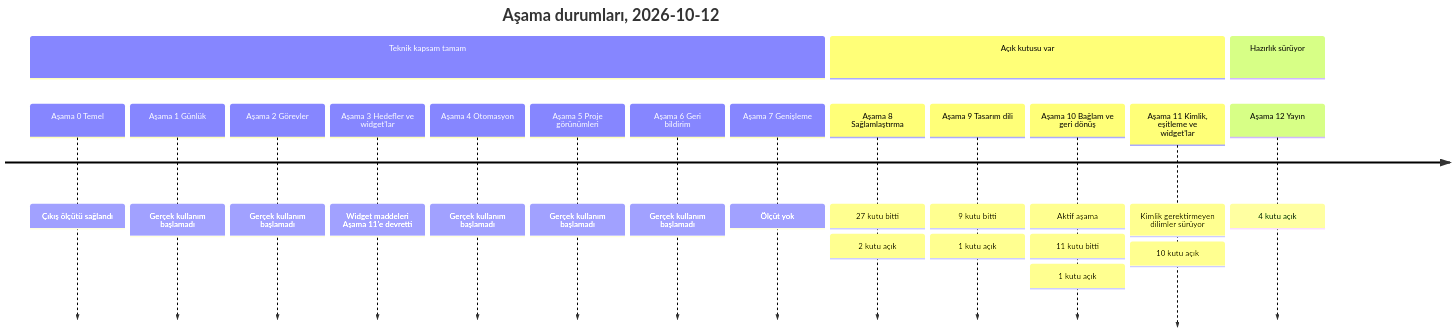
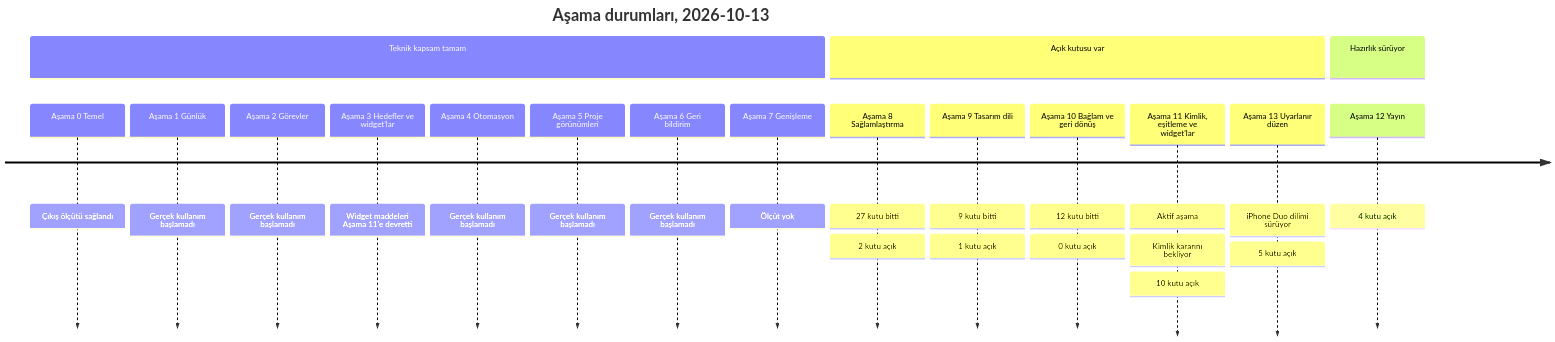
The first of 4 diagrams in docs/roadmap.md (dogancanyildiz/kenet), drawn with Mermaid before and after one commit. The commit also changed other lines of this file and 1 other file, not shown here.

Commit message:
docs: dalga 11 kararları, Aşama 13 Uyarlanır düzen, Aşama 10 kapandı (#231)

````diff
--- a/docs/roadmap.md
+++ b/docs/roadmap.md
@@ -19,20 +19,21 @@
 ```mermaid
 timeline
-    title Aşama durumları, 2026-10-12
+    title Aşama durumları, 2026-10-13
     section Teknik kapsam tamam
         Aşama 0 Temel : Çıkış ölçütü sağlandı
         Aşama 1 Günlük : Gerçek kullanım başlamadı
         Aşama 2 Görevler : Gerçek kullanım başlamadı
         Aşama 3 Hedefler ve widget'lar : Widget maddeleri Aşama 11'e devretti
         Aşama 4 Otomasyon : Gerçek kullanım başlamadı
         Aşama 5 Proje görünümleri : Gerçek kullanım başlamadı
         Aşama 6 Geri bildirim : Gerçek kullanım başlamadı
         Aşama 7 Genişleme : Ölçüt yok
     section Açık kutusu var
         Aşama 8 Sağlamlaştırma : 27 kutu bitti : 2 kutu açık
         Aşama 9 Tasarım dili : 9 kutu bitti : 1 kutu açık
-        Aşama 10 Bağlam ve geri dönüş : Aktif aşama : 11 kutu bitti : 1 kutu açık
-        Aşama 11 Kimlik, eşitleme ve widget'lar : Kimlik gerektirmeyen dilimler sürüyor : 10 kutu açık
+        Aşama 10 Bağlam ve geri dönüş : 12 kutu bitti : 0 kutu açık
+        Aşama 11 Kimlik, eşitleme ve widget'lar : Aktif aşama : Kimlik kararını bekliyor : 10 kutu açık
+        Aşama 13 Uyarlanır düzen : iPhone Duo dilimi sürüyor : 5 kutu açık
     section Hazırlık sürüyor
         Aşama 12 Yayın : 4 kutu açık
 ```
````
